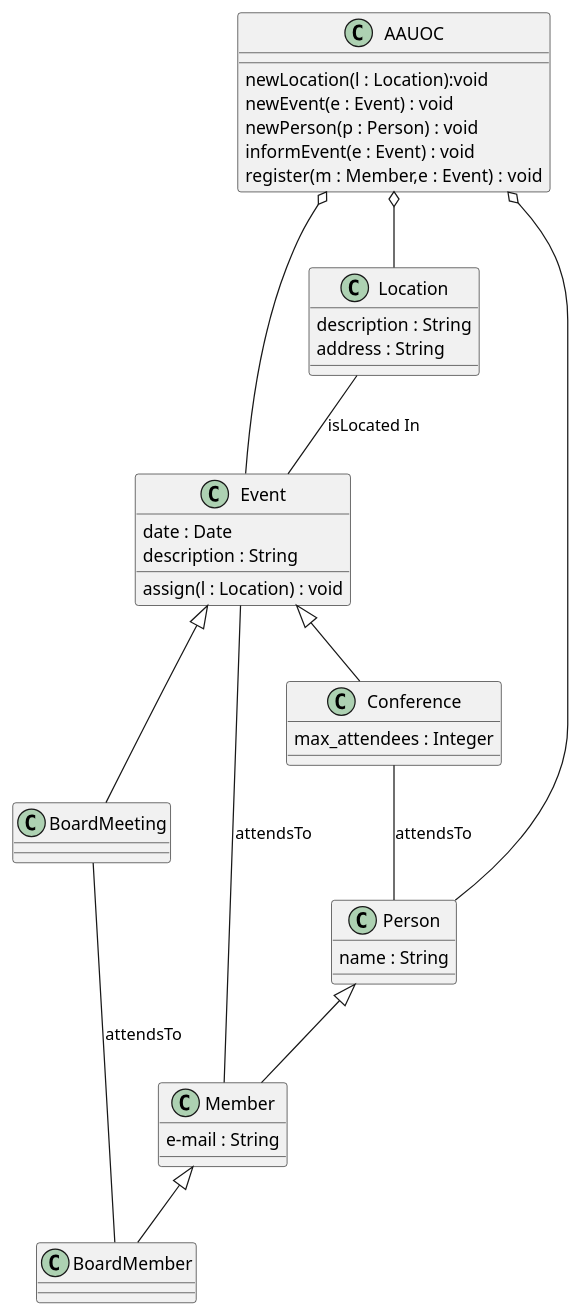
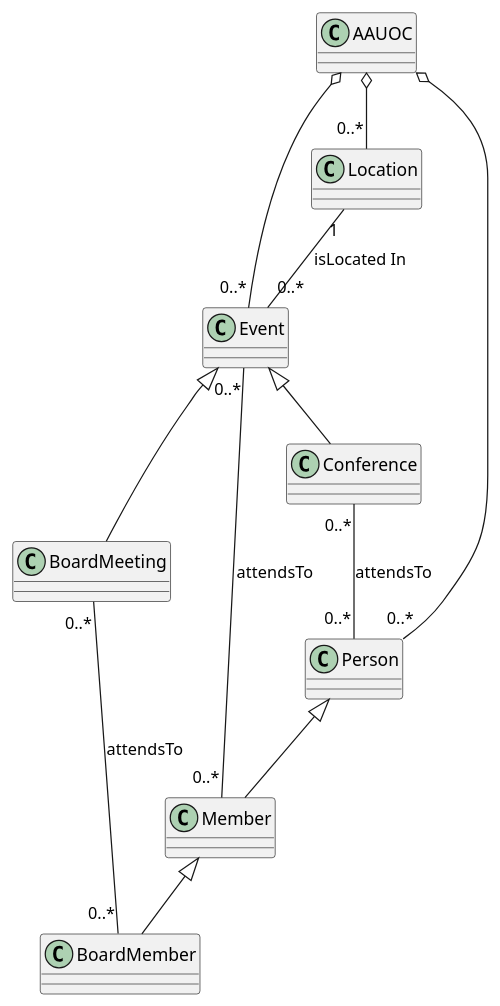
One commit to preguntitas/UMLClasesMARIANOMURCIA changed the diagram in .idea/src/UMLClases.puml. Above: the diagram before and after it, drawn with PlantUML.

Commit message:
Apartado 4

```diff
--- a/.idea/src/UMLClases.puml
+++ b/.idea/src/UMLClases.puml
@@ -1,47 +1,17 @@
 @startuml
 Event <|-- Conference
 Event <|-- BoardMeeting
 
 Person <|-- Member
 Member <|-- BoardMember
 
-AAUOC o-- Location
-AAUOC o-- Person
-AAUOC o-- Event
+AAUOC o-- "0..*" Location
+AAUOC o-- "0..*" Person
+AAUOC o-- "0..*" Event
 
-Location -- Event : isLocated In
-Event -- Member : attendsTo
-BoardMeeting -- BoardMember : attendsTo
-Conference -- Person : attendsTo
+Location "1" -- "0..*" Event : isLocated In
+Event "0..*" -- "0..*" Member : attendsTo
+BoardMeeting "0..*" -- "0..*" BoardMember : attendsTo
+Conference "0..*" -- "0..*" Person : attendsTo
 
-Class AAUOC {
-    newLocation(l : Location):void
-    newEvent(e : Event) : void
-    newPerson(p : Person) : void
-    informEvent(e : Event) : void
-    register(m : Member,e : Event) : void
-}
-
-Class Location {
-    description : String
-    address : String
-}
-
-Class Event {
-    date : Date
-    description : String
-    assign(l : Location) : void
-}
-
-Class Person {
-    name : String
-}
-
-Class Member {
-    e-mail : String
-}
-
-Class Conference {
-    max_attendees : Integer
-}
 @enduml
```
